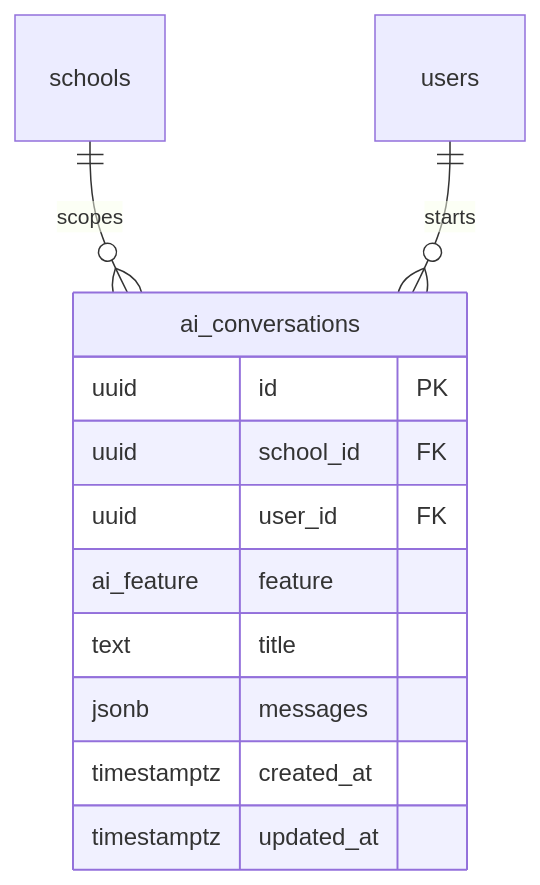
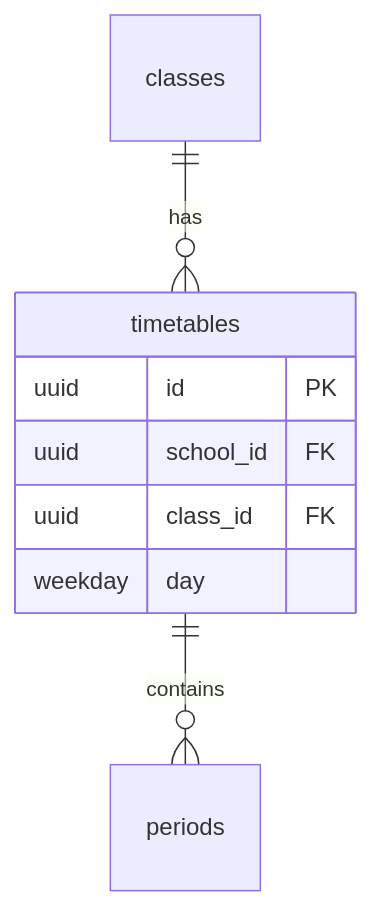
One commit to rahmat058/school-flow-ai changed diagram 20 of 43 in docs/backend/Database.md. Above: the diagram before and after it, drawn with Mermaid. The commit also changed other lines of this file and 2 other files, not shown here.

````diff
--- a/docs/backend/Database.md
+++ b/docs/backend/Database.md
@@ -705,16 +746,11 @@
 ```mermaid
 erDiagram
-  schools ||--o{ ai_conversations : "scopes"
-  users ||--o{ ai_conversations : "starts"
-
-  ai_conversations {
+  classes ||--o{ timetables : "has"
+  timetables ||--o{ periods : "contains"
+  timetables {
     uuid id PK
     uuid school_id FK
-    uuid user_id FK
-    ai_feature feature
-    text title
-    jsonb messages
-    timestamptz created_at
-    timestamptz updated_at
+    uuid class_id FK
+    weekday day
   }
 ```
````
